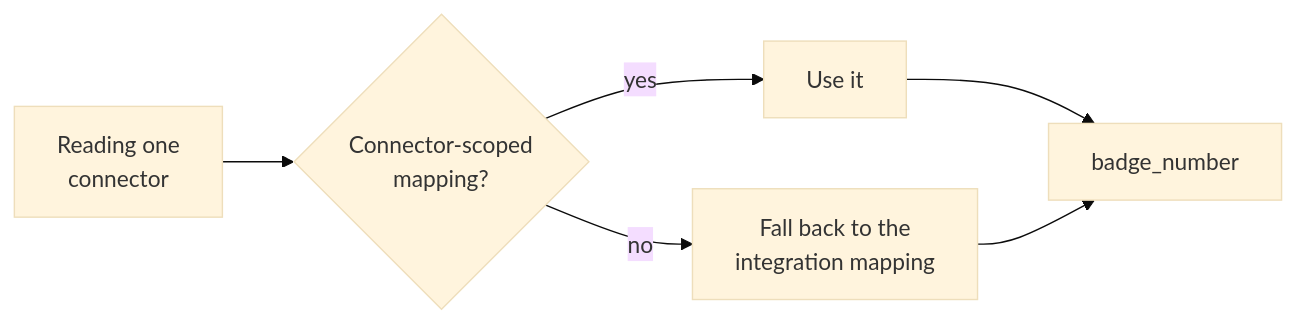
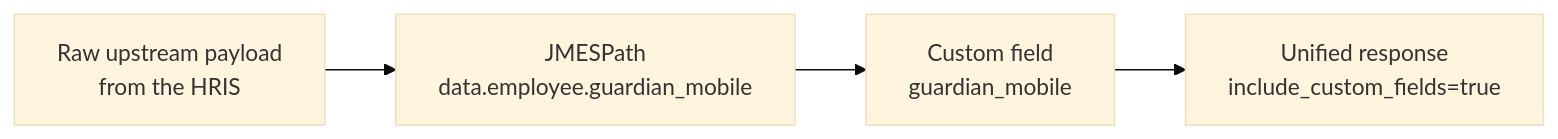
Before and after one commit to kaval1810/bindbee-docs-test: the first of 2 diagrams in guides/extending/custom-fields.mdx, drawn with Mermaid (base theme). The commit also changed other lines of this file and 4 other files, not shown here.

First line of the commit message:
Split Custom Fields into three nested pages

````diff
--- a/guides/extending/custom-fields.mdx
+++ b/guides/extending/custom-fields.mdx
@@ -43,8 +10,6 @@
 ```mermaid
 flowchart LR
-    R["Reading one<br/>connector"] --> Q{"Connector-scoped<br/>mapping?"}
-    Q -- yes --> A["Use it"]
-    Q -- no --> B["Fall back to the<br/>integration mapping"]
-    A --> V["badge_number"]
-    B --> V
+    A["Raw upstream payload<br/>from the HRIS"] --> B["JMESPath<br/>data.employee.guardian_mobile"]
+    B --> C["Custom field<br/>guardian_mobile"]
+    C --> D["Unified response<br/>include_custom_fields=true"]
 ```
````
